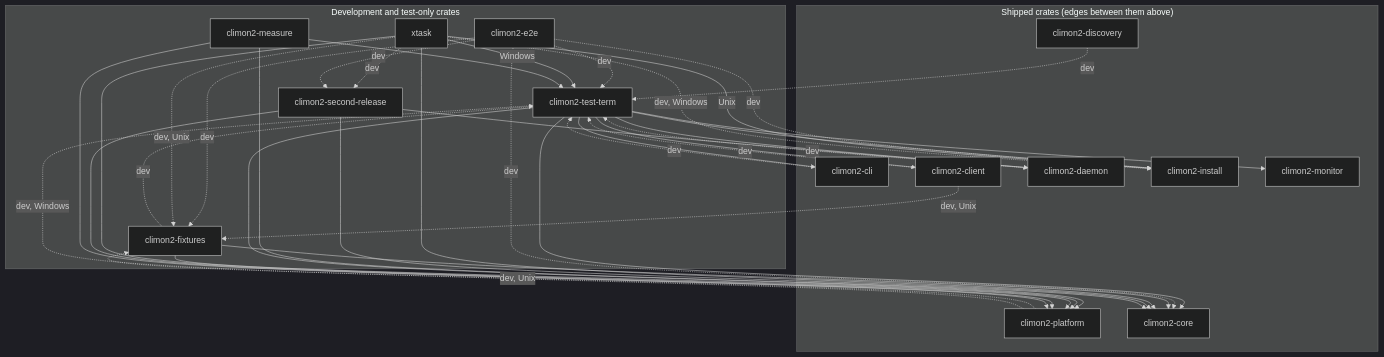
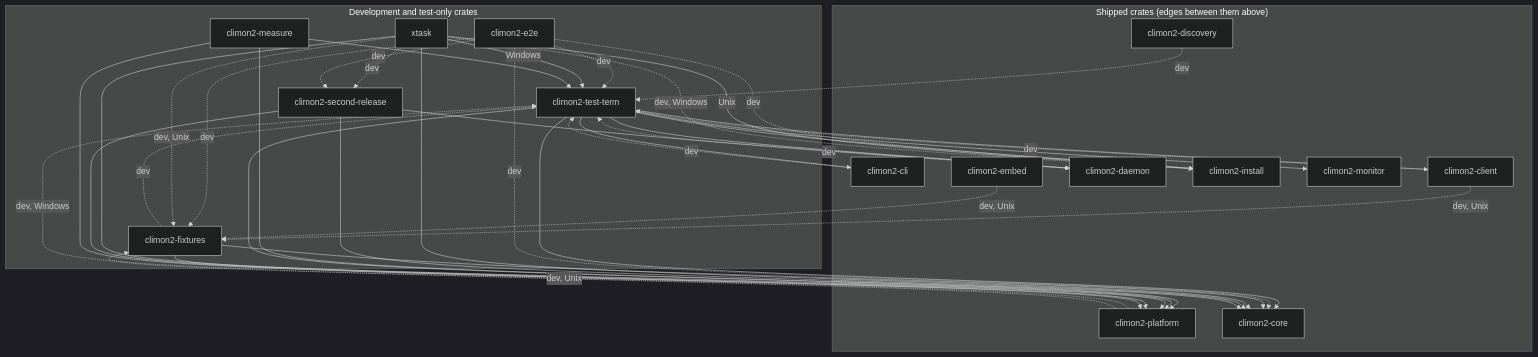
Before and after one commit to jackgeek/climon2: the third of 3 diagrams in docs/for-humans/architecture/crate-relationships.md, drawn with Mermaid (dark theme). The commit also changed other lines of this file and 2 other files, not shown here.

````diff
--- a/docs/for-humans/architecture/crate-relationships.md
+++ b/docs/for-humans/architecture/crate-relationships.md
@@ -125,58 +126,60 @@
 ```mermaid
 flowchart TB
     subgraph development["Development and test-only crates"]
         test_term["climon2-test-term"]
         e2e["climon2-e2e"]
         fixtures["climon2-fixtures"]
         xtask["xtask"]
         second["climon2-second-release"]
         measure["climon2-measure"]
     end
 
     subgraph shipped["Shipped crates (edges between them above)"]
         cli["climon2-cli"]
         discovery["climon2-discovery"]
         client["climon2-client"]
         daemon["climon2-daemon"]
         install["climon2-install"]
         monitor["climon2-monitor"]
+        embed["climon2-embed"]
         platform["climon2-platform"]
         core["climon2-core"]
     end
 
     cli -.->|"dev"| test_term
     discovery -.->|"dev"| test_term
     client -.->|"dev"| test_term
     daemon -.->|"dev"| test_term
     test_term --> cli
     test_term --> client
     test_term --> core
     test_term --> daemon
     test_term --> install
     test_term --> monitor
     test_term --> platform
     e2e -.->|"dev"| core
     e2e -.->|"dev"| fixtures
     e2e -.->|"dev"| install
     e2e -.->|"dev"| test_term
     fixtures --> core
     fixtures --> platform
     fixtures -.->|"dev"| test_term
     platform -.->|"dev, Unix"| fixtures
     platform -.->|"dev, Windows"| test_term
     client -.->|"dev, Unix"| fixtures
+    embed -.->|"dev, Unix"| fixtures
     xtask --> core
     xtask -->|"Unix"| install
     xtask -.->|"dev, Windows"| install
     xtask -->|"Windows"| test_term
     xtask --> platform
     xtask -.->|"dev, Unix"| fixtures
     xtask -.->|"dev"| second
     e2e -.->|"dev"| second
     second --> core
     second --> daemon
     second --> platform
     measure --> core
     measure --> platform
     measure --> test_term
 ```
````
